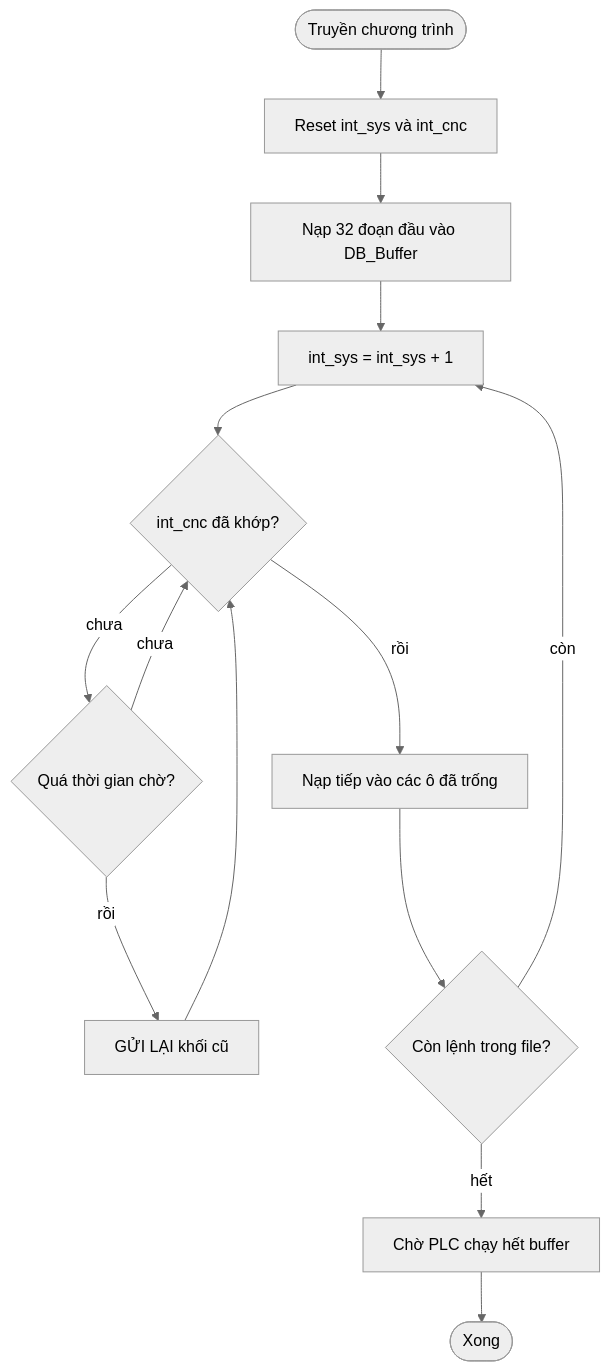
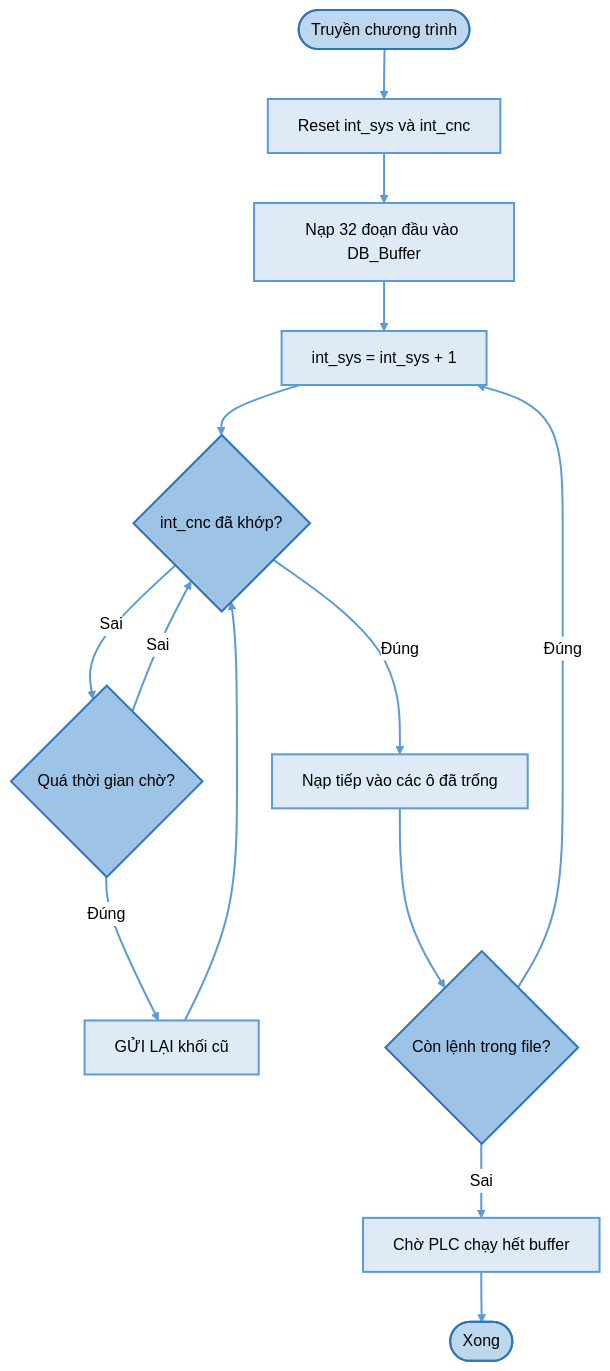
The seventh of 10 diagrams in docs/luu-do-giai-thuat.md (nguyentanphat1908-collab/IDE), drawn with Mermaid (neutral theme) before and after one commit. The commit also changed other lines of this file and 4 other files, not shown here.

````diff
--- a/docs/luu-do-giai-thuat.md
+++ b/docs/luu-do-giai-thuat.md
@@ -172,16 +220,22 @@
 ```mermaid
 flowchart TD
-    A([Truyền chương trình]) --> B["Reset int_sys và int_cnc"]
-    B --> C["Nạp 32 đoạn đầu vào DB_Buffer"]
-    C --> D["int_sys = int_sys + 1"]
-    D --> E{"int_cnc đã khớp?"}
-    E -- rồi --> F["Nạp tiếp vào các ô đã trống"]
-    E -- chưa --> G{"Quá thời gian chờ?"}
-    G -- chưa --> E
-    G -- rồi --> H["GỬI LẠI khối cũ"]
+    A([Truyền chương trình]):::term --> B["Reset int_sys và int_cnc"]:::proc
+    B --> C["Nạp 32 đoạn đầu vào DB_Buffer"]:::proc
+    C --> D["int_sys = int_sys + 1"]:::proc
+    D --> E{"int_cnc đã khớp?"}:::dec
+    E -- Đúng --> F["Nạp tiếp vào các ô đã trống"]:::proc
+    E -- Sai --> G{"Quá thời gian chờ?"}:::dec
+    G -- Sai --> E
+    G -- Đúng --> H["GỬI LẠI khối cũ"]:::proc
     H --> E
-    F --> I{"Còn lệnh trong file?"}
-    I -- còn --> D
-    I -- hết --> J["Chờ PLC chạy hết buffer"]
-    J --> K([Xong])
+    F --> I{"Còn lệnh trong file?"}:::dec
+    I -- Đúng --> D
+    I -- Sai --> J["Chờ PLC chạy hết buffer"]:::proc
+    J --> K([Xong]):::term
+    classDef term fill:#BDD7EE,stroke:#2E75B6,stroke-width:2px,color:#000
+    classDef proc fill:#DEEBF7,stroke:#5B9BD5,stroke-width:2px,color:#000
+    classDef io   fill:#DEEBF7,stroke:#5B9BD5,stroke-width:2px,color:#000
+    classDef dec  fill:#9DC3E6,stroke:#2E75B6,stroke-width:2px,color:#000
+    classDef conn fill:#9DC3E6,stroke:#2E75B6,stroke-width:2px,color:#000
+    linkStyle default stroke:#5B9BD5,stroke-width:2px
 ```
````
